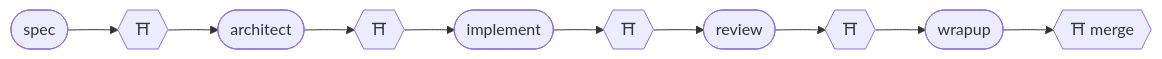
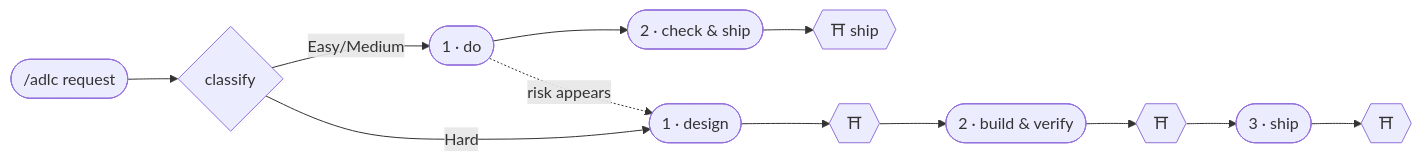
One commit to sayad-ika/adlc-toolkit changed the second of 4 diagrams in README.md. Above: the diagram before and after it, drawn with Mermaid. The commit also changed other lines of this file and 199 other files, not shown here.

````diff
--- a/README.md
+++ b/README.md
@@ -109,4 +109,7 @@
 ```mermaid
 flowchart LR
-    spec([spec]) --> g1{{"⛩"}} --> arch([architect]) --> g2{{"⛩"}} --> impl([implement]) --> g3{{"⛩"}} --> rev([review]) --> g4{{"⛩"}} --> wrap([wrapup]) --> g5{{"⛩ merge"}}
+    req([/adlc request]) --> c{classify}
+    c -- "Easy/Medium" --> e1([1 · do]) --> e2([2 · check & ship]) --> eg{{"⛩ ship"}}
+    c -- "Hard" --> h1([1 · design]) --> hg1{{"⛩"}} --> h2([2 · build & verify]) --> hg2{{"⛩"}} --> h3([3 · ship]) --> hg3{{"⛩"}}
+    e1 -. "risk appears" .-> h1
 ```
````
